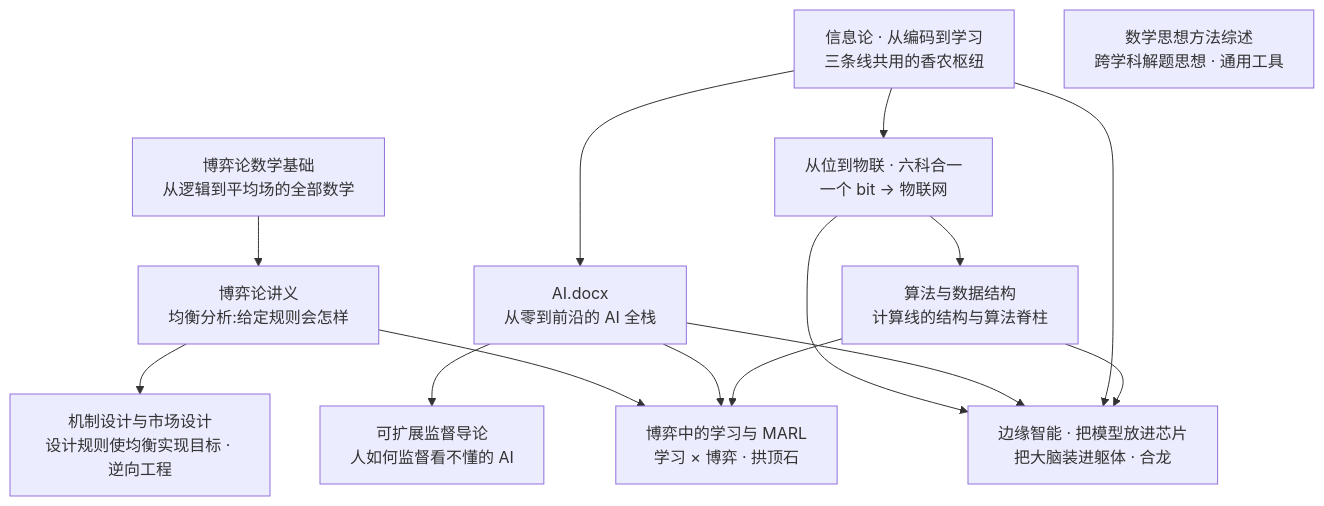
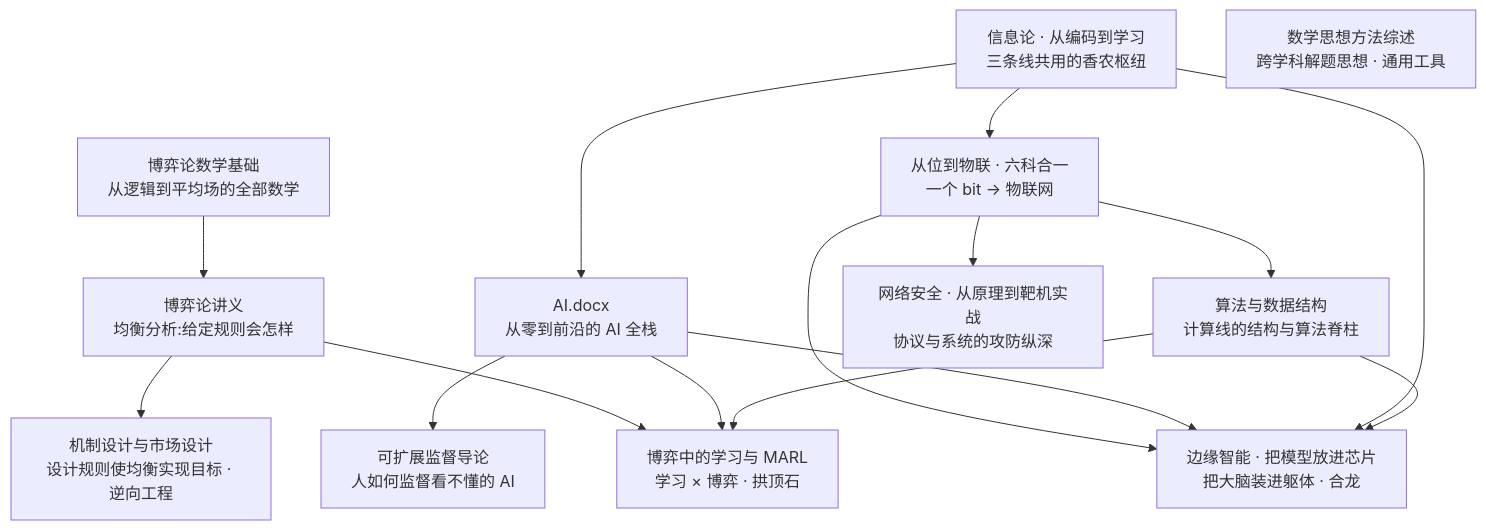
Before and after one commit to 2532196351/Library: the diagram in README.md, drawn with Mermaid. The commit also changed other lines of this file and 1 other file, not shown here.

First line of the commit message:
新增《网络安全：从原理到靶机实战》——图书馆扩展第6部

````diff
--- a/README.md
+++ b/README.md
@@ -15,17 +15,18 @@
 ```mermaid
 flowchart TD
   M["博弈论数学基础<br/>从逻辑到平均场的全部数学"] --> L["博弈论讲义<br/>均衡分析:给定规则会怎样"]
   L --> G["博弈中的学习与 MARL<br/>学习 × 博弈 · 拱顶石"]
   L --> MD["机制设计与市场设计<br/>设计规则使均衡实现目标 · 逆向工程"]
   AI["AI.docx<br/>从零到前沿的 AI 全栈"] --> G
   AI --> O["可扩展监督导论<br/>人如何监督看不懂的 AI"]
   IT["信息论 · 从编码到学习<br/>三条线共用的香农枢纽"] --> SIX["从位到物联 · 六科合一<br/>一个 bit → 物联网"]
   IT --> AI
   SIX --> AD["算法与数据结构<br/>计算线的结构与算法脊柱"]
   SIX --> EA["边缘智能 · 把模型放进芯片<br/>把大脑装进躯体 · 合龙"]
   AI --> EA
   IT --> EA
   AD --> EA
   AD --> G
+  SIX --> NET["网络安全 · 从原理到靶机实战<br/>协议与系统的攻防纵深"]
   T["数学思想方法综述<br/>跨学科解题思想 · 通用工具"]
 ```
````
